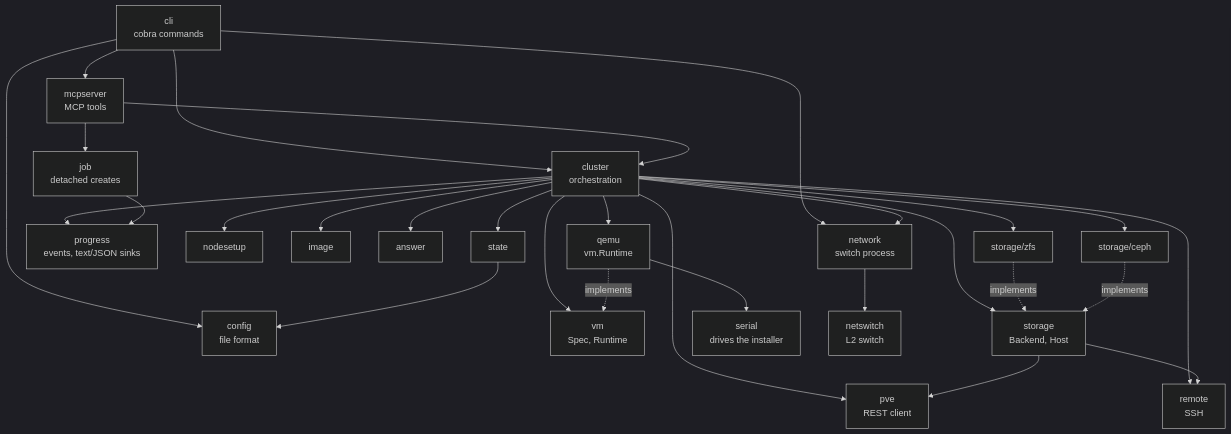
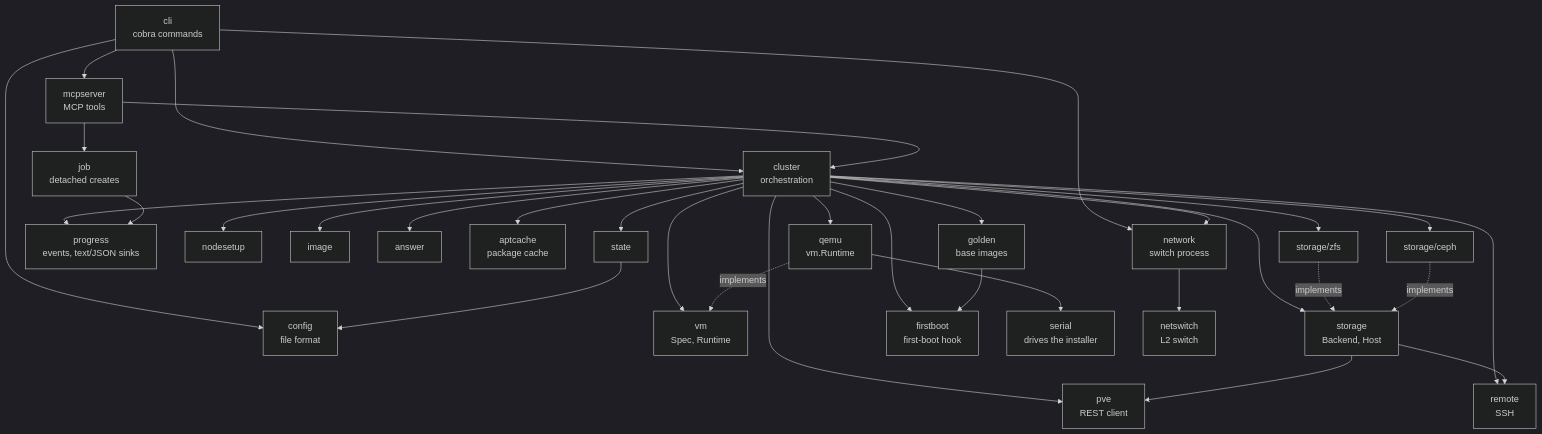
The first of 3 diagrams in docs/architecture.md (virtbase/proxbase), drawn with Mermaid (dark theme) before and after one commit. The commit also changed other lines of this file and 9 other files, not shown here.

Commit message:
docs: first-boot hook, package cache, live snapshots and timings

````diff
--- a/docs/architecture.md
+++ b/docs/architecture.md
@@ -10,31 +10,35 @@
 ```mermaid
 flowchart TD
     cli["cli<br/>cobra commands"] --> cluster
     cli --> config
     cli --> network
     cli --> mcpserver["mcpserver<br/>MCP tools"]
     mcpserver --> cluster
     mcpserver --> job["job<br/>detached creates"]
     cluster --> progress["progress<br/>events, text/JSON sinks"]
     job --> progress
     cluster["cluster<br/>orchestration"] --> vm
     cluster --> network
     cluster --> storage
     cluster --> nodesetup
     cluster --> image
     cluster --> answer
+    cluster --> firstboot["firstboot<br/>first-boot hook"]
+    cluster --> aptcache["aptcache<br/>package cache"]
+    cluster --> golden["golden<br/>base images"]
+    golden --> firstboot
     cluster --> state
     cluster --> pve
     cluster --> remote
     qemu["qemu<br/>vm.Runtime"] -. implements .-> vm["vm<br/>Spec, Runtime"]
     cluster --> qemu
     qemu --> serial["serial<br/>drives the installer"]
     network["network<br/>switch process"] --> netswitch["netswitch<br/>L2 switch"]
     zfs["storage/zfs"] -. implements .-> storage["storage<br/>Backend, Host"]
     ceph["storage/ceph"] -. implements .-> storage
     cluster --> zfs
     cluster --> ceph
     storage --> pve["pve<br/>REST client"]
     storage --> remote["remote<br/>SSH"]
     state --> config["config<br/>file format"]
 ```
````
